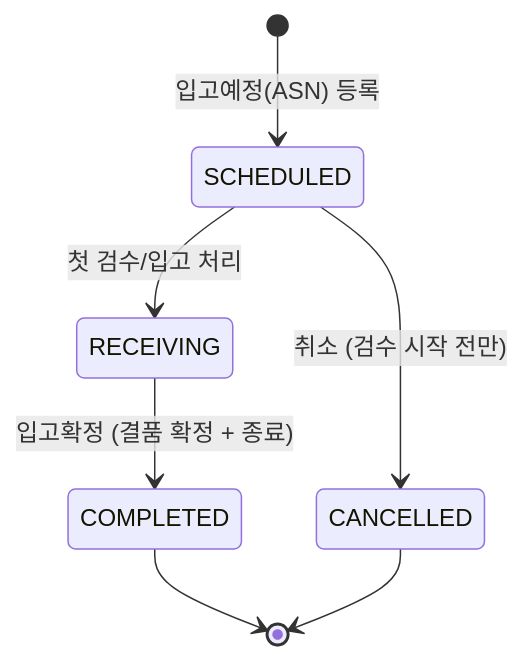
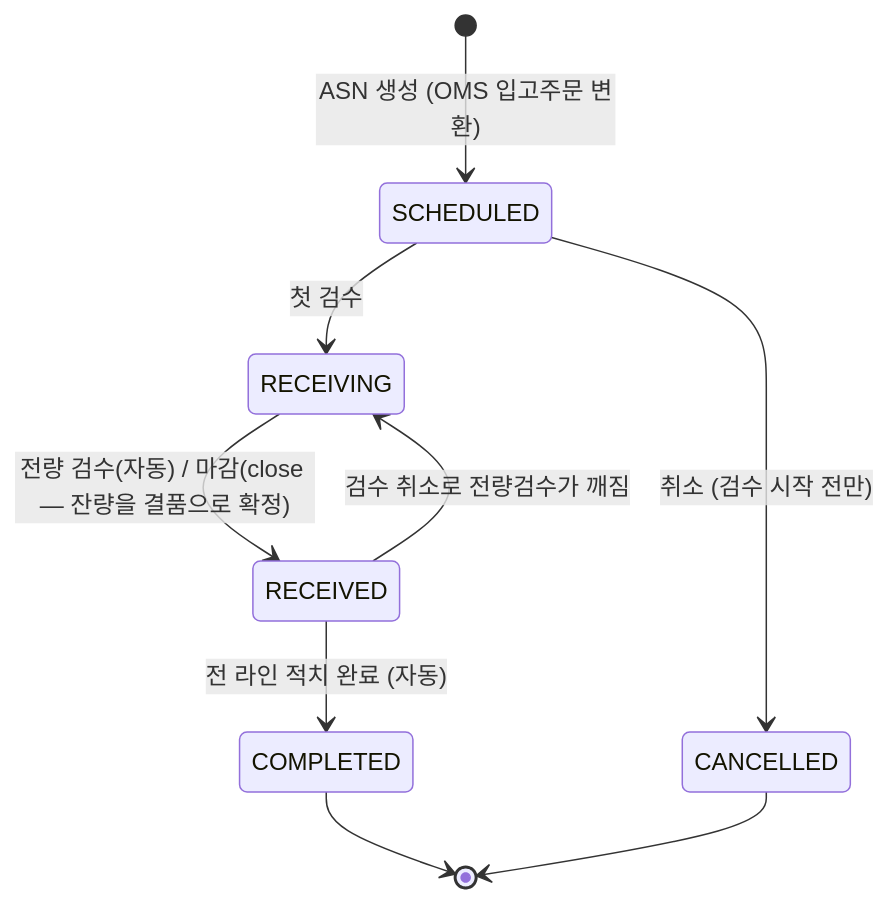
One commit to jhogunhee/logistics-back changed the first of 3 diagrams in docs/design.md. Above: the diagram before and after it, drawn with Mermaid. The commit also changed other lines of this file and 43 other files, not shown here.

Commit message:
feat: OMS 입고주문·벤더 마스터 추가, 스키마 문서 PostgreSQL 기준으로 통합

````diff
--- a/docs/design.md
+++ b/docs/design.md
@@ -32,9 +32,11 @@
 ```mermaid
 stateDiagram-v2
-    [*] --> SCHEDULED : 입고예정(ASN) 등록
-    SCHEDULED --> RECEIVING : 첫 검수/입고 처리
+    [*] --> SCHEDULED : ASN 생성 (OMS 입고주문 변환)
+    SCHEDULED --> RECEIVING : 첫 검수
     SCHEDULED --> CANCELLED : 취소 (검수 시작 전만)
-    RECEIVING --> COMPLETED : 입고확정 (결품 확정 + 종료)
+    RECEIVING --> RECEIVED : 전량 검수(자동) / 마감(close — 잔량을 결품으로 확정)
+    RECEIVED --> RECEIVING : 검수 취소로 전량검수가 깨짐
+    RECEIVED --> COMPLETED : 전 라인 적치 완료 (자동)
     COMPLETED --> [*]
     CANCELLED --> [*]
 ```
````
